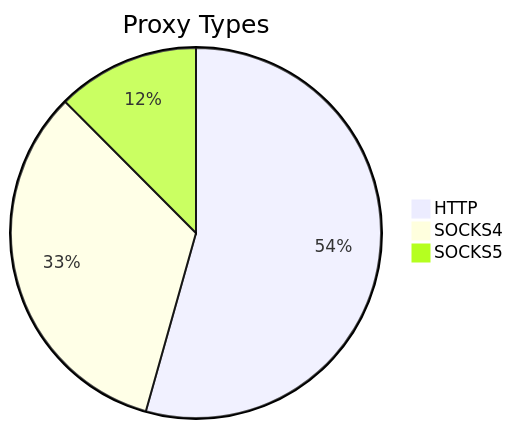
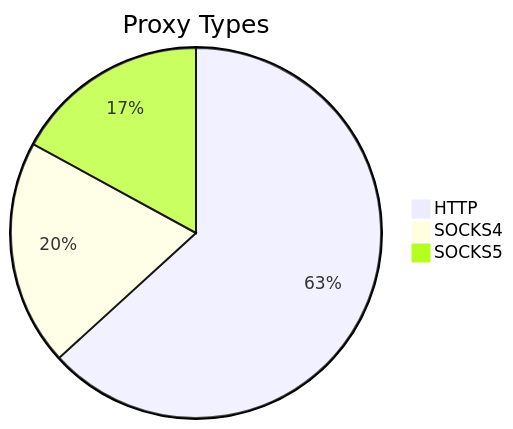
The first of 2 diagrams in README.md (stormsia/proxy-list), drawn with Mermaid before and after one commit. The commit also changed other lines of this file, not shown here.

````diff
--- a/README.md
+++ b/README.md
@@ -21,6 +21,6 @@
 ```mermaid
 pie title Proxy Types
-    "HTTP" : 436
-    "SOCKS4" : 266
-    "SOCKS5" : 100
+    "HTTP" : 282
+    "SOCKS4" : 88
+    "SOCKS5" : 76
 ```
````
